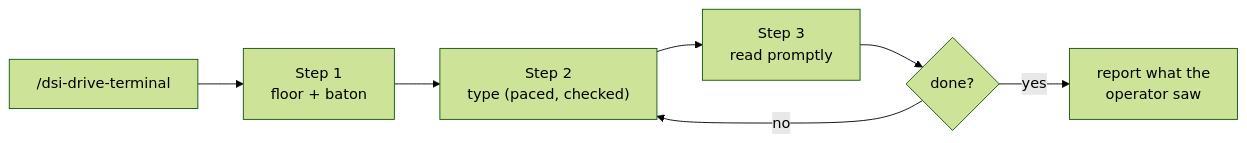
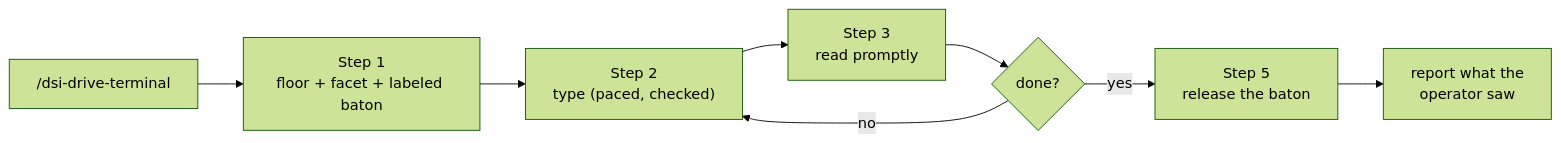
Before and after one commit to mitmplay/dsh-insight: the first of 2 diagrams in skills/dsi-drive-terminal/SKILL.md, drawn with Mermaid (forest theme). The commit also changed other lines of this file and 22 other files, not shown here.

````diff
--- a/skills/dsi-drive-terminal/SKILL.md
+++ b/skills/dsi-drive-terminal/SKILL.md
@@ -81,9 +95,10 @@
 ```mermaid
 flowchart LR
-    A["/dsi-drive-terminal"] --> B["Step 1<br/>floor + baton"]
+    A["/dsi-drive-terminal"] --> B["Step 1<br/>floor + facet + labeled baton"]
     B --> C["Step 2<br/>type (paced, checked)"]
     C --> D["Step 3<br/>read promptly"]
     D --> E{"done?"}
     E -->|"no"| C
-    E -->|"yes"| F["report what the<br/>operator saw"]
+    E -->|"yes"| R["Step 5<br/>release the baton"]
+    R --> F["report what the<br/>operator saw"]
 ```
````
